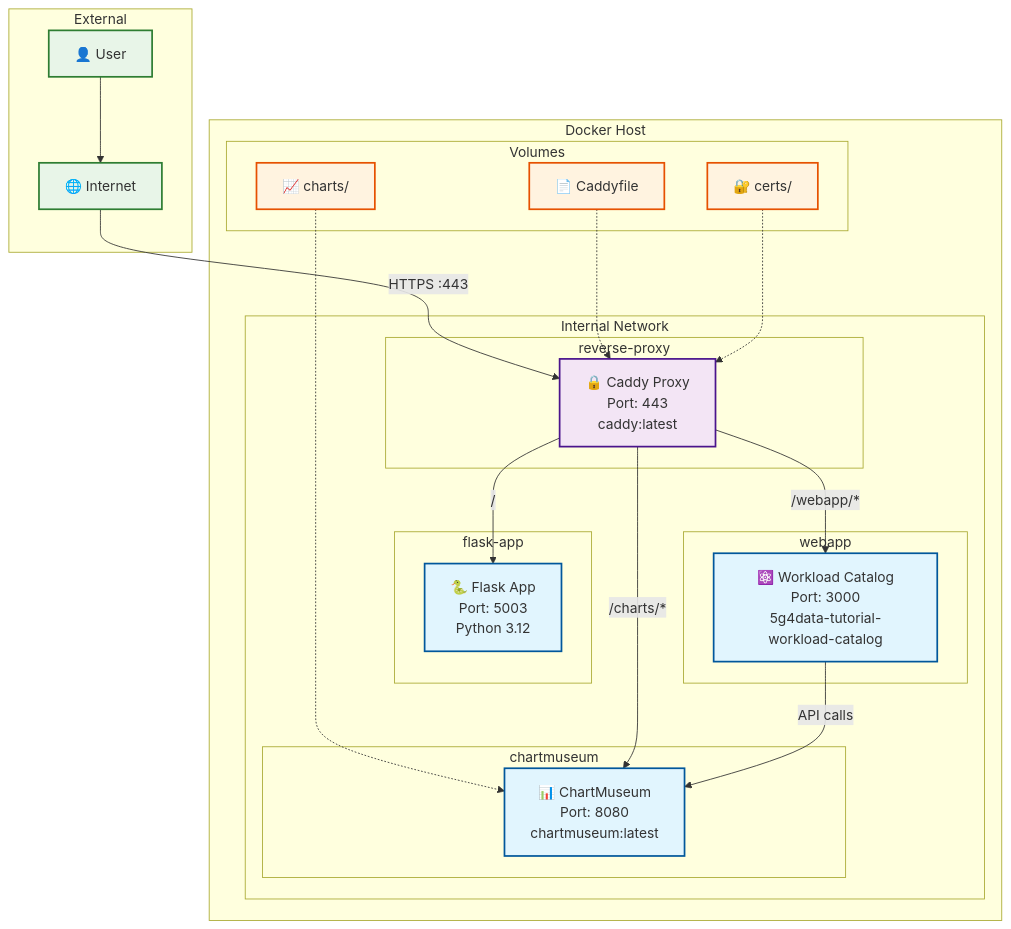
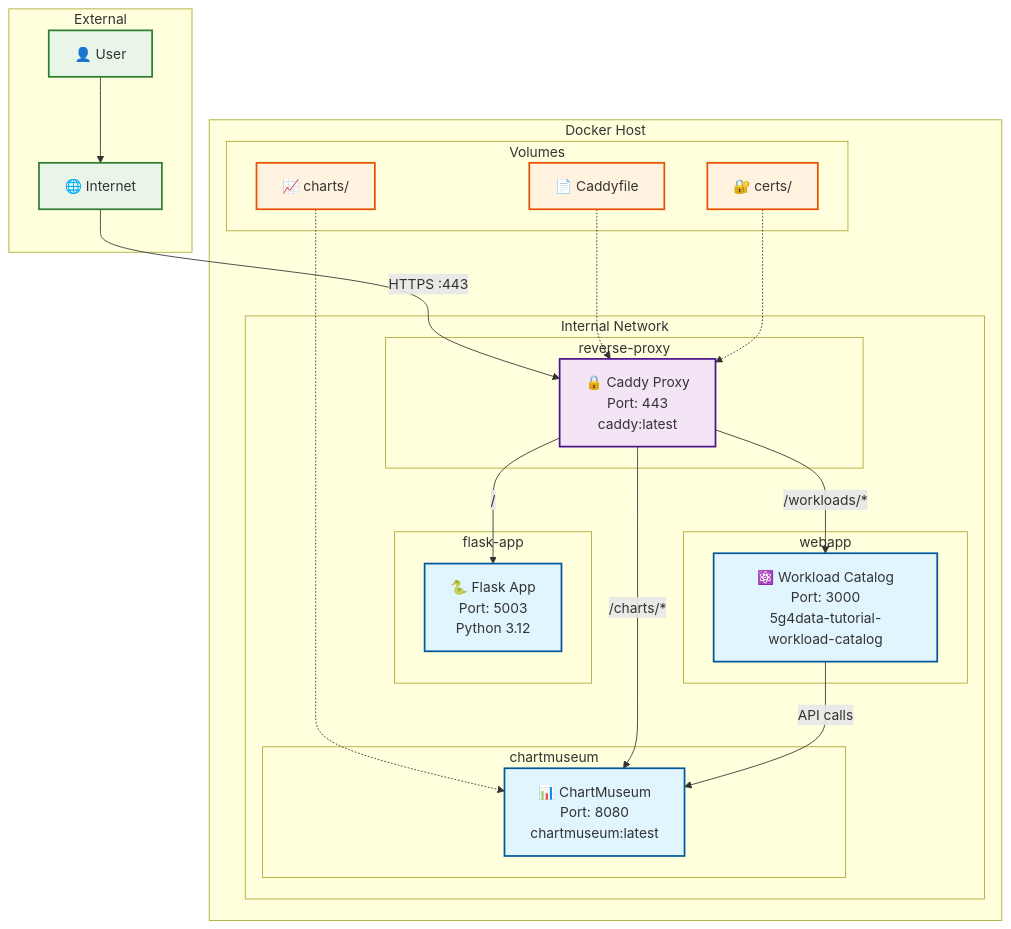
One commit to INTEND-Project/5G4Data-public changed the diagram in 5G4Data-Tutorial/architecture-diagram.md. Above: the diagram before and after it, drawn with Mermaid. The commit also changed other lines of this file and 2 other files, not shown here.

Commit message:
Changed workload URL to .../workloads

````diff
--- a/5G4Data-Tutorial/architecture-diagram.md
+++ b/5G4Data-Tutorial/architecture-diagram.md
@@ -3,61 +3,61 @@
 ```mermaid
 graph TB
     subgraph "External"
         User[👤 User]
         Internet[🌐 Internet]
     end
 
     subgraph "Docker Host"
         subgraph "Internal Network"
             subgraph "reverse-proxy"
                 Caddy[🔒 Caddy Proxy<br/>Port: 443<br/>caddy:latest]
             end
             
             subgraph "flask-app"
                 Flask[🐍 Flask App<br/>Port: 5003<br/>Python 3.12]
             end
             
             subgraph "webapp"
                 WebApp[⚛️ Workload Catalog<br/>Port: 3000<br/>5g4data-tutorial-workload-catalog]
             end
             
             subgraph "chartmuseum"
                 ChartMuseum[📊 ChartMuseum<br/>Port: 8080<br/>chartmuseum:latest]
             end
         end
         
         subgraph "Volumes"
             CaddyFile[📄 Caddyfile]
             Certs[🔐 certs/]
             Charts[📈 charts/]
         end
     end
 
     %% External connections
     User --> Internet
     Internet -->|"HTTPS :443"| Caddy
 
     %% Volume mounts
     CaddyFile -.-> Caddy
     Certs -.-> Caddy
     Charts -.-> ChartMuseum
 
     %% Internal routing
     Caddy -->|"/"| Flask
-    Caddy -->|"/webapp/*"| WebApp
+    Caddy -->|"/workloads/*"| WebApp
     Caddy -->|"/charts/*"| ChartMuseum
     
     %% Service dependencies
     WebApp -->|"API calls"| ChartMuseum
 
     %% Styling
     classDef container fill:#e1f5fe,stroke:#01579b,stroke-width:2px
     classDef proxy fill:#f3e5f5,stroke:#4a148c,stroke-width:2px
     classDef volume fill:#fff3e0,stroke:#e65100,stroke-width:2px
     classDef external fill:#e8f5e8,stroke:#2e7d32,stroke-width:2px
 
     class Flask,WebApp,ChartMuseum container
     class Caddy proxy
     class CaddyFile,Certs,Charts volume
     class User,Internet external
 ```
````
